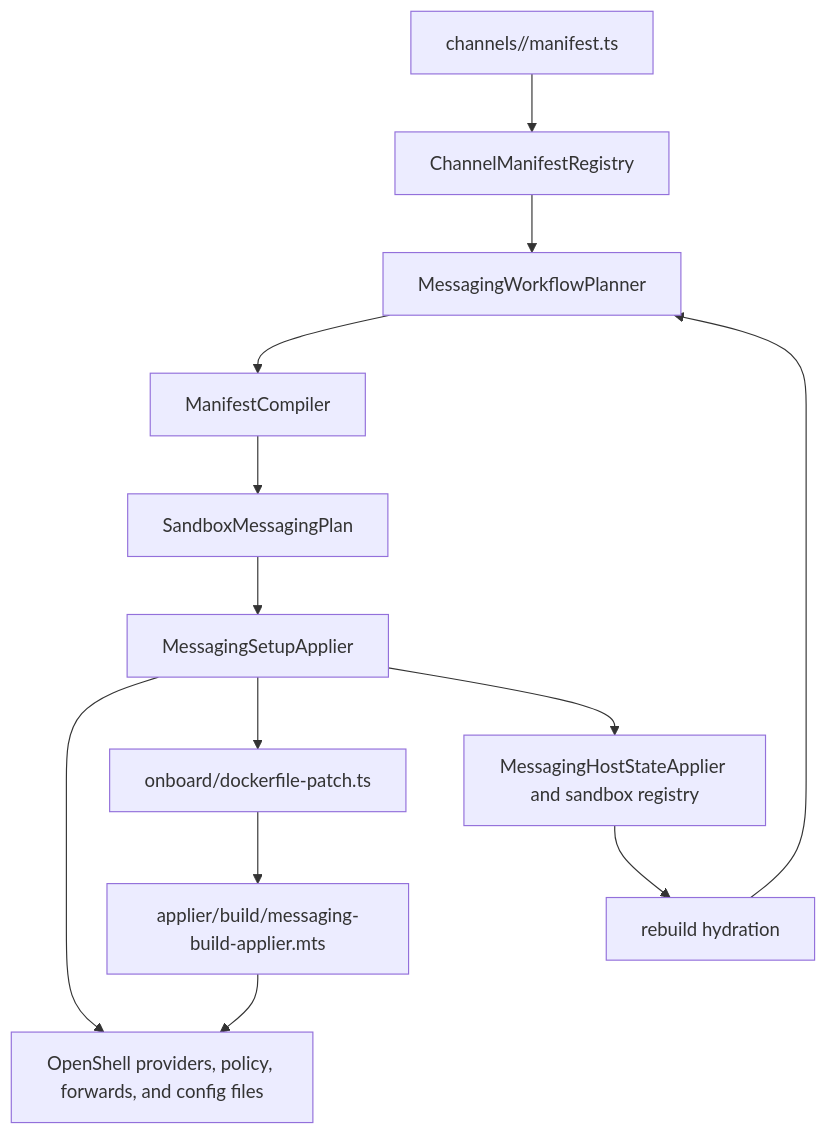
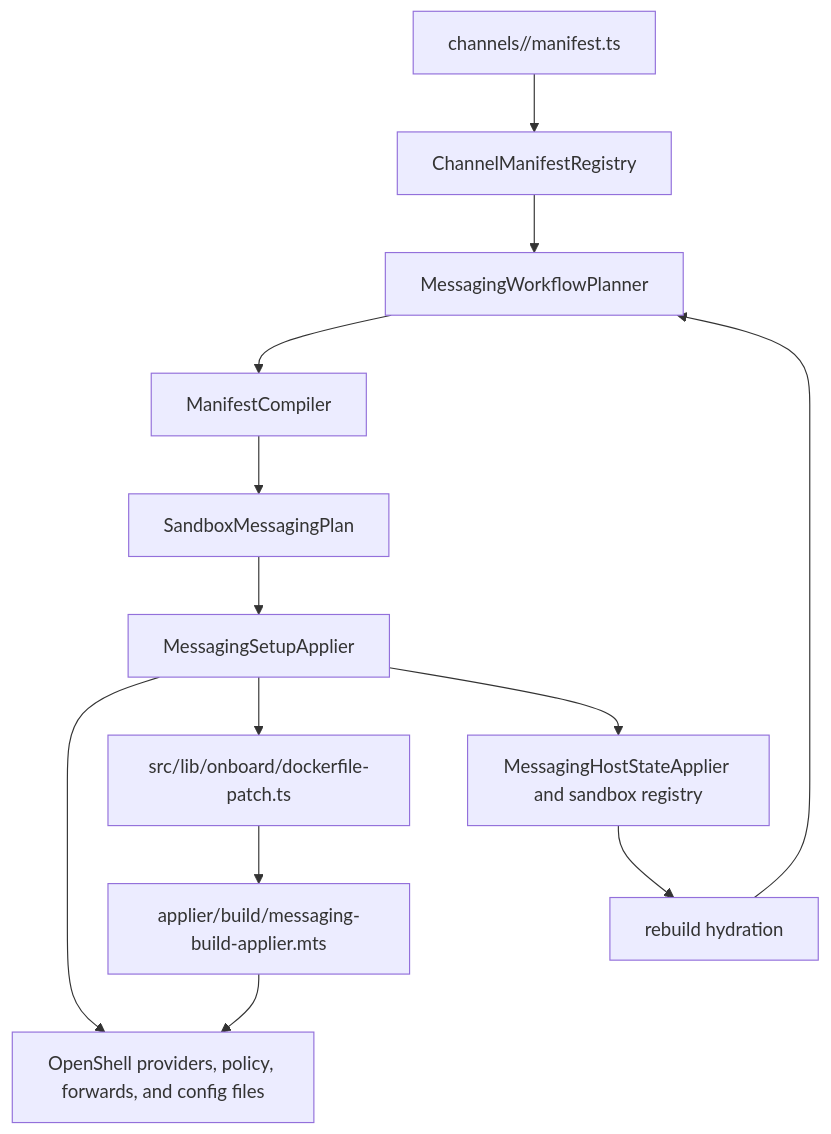
One commit to sambegui/NemoClaw changed the first of 3 diagrams in src/lib/messaging/README.md. Above: the diagram before and after it, drawn with Mermaid. The commit also changed other lines of this file, not shown here.

````diff
--- a/src/lib/messaging/README.md
+++ b/src/lib/messaging/README.md
@@ -14,27 +14,27 @@
 ```mermaid
 flowchart TD
   manifest["channels/<channel>/manifest.ts"]
   registry["ChannelManifestRegistry"]
   planner["MessagingWorkflowPlanner"]
   compiler["ManifestCompiler"]
   plan["SandboxMessagingPlan"]
   setup["MessagingSetupApplier"]
-  dockerfile["onboard/dockerfile-patch.ts"]
+  dockerfile["src/lib/onboard/dockerfile-patch.ts"]
   build["applier/build/messaging-build-applier.mts"]
   openshell["OpenShell providers, policy, forwards, and config files"]
   state["MessagingHostStateApplier and sandbox registry"]
   rebuild["rebuild hydration"]
 
   manifest --> registry
   registry --> planner
   planner --> compiler
   compiler --> plan
   plan --> setup
   setup --> openshell
   setup --> dockerfile
   dockerfile --> build
   build --> openshell
   setup --> state
   state --> rebuild
   rebuild --> planner
 ```
````
